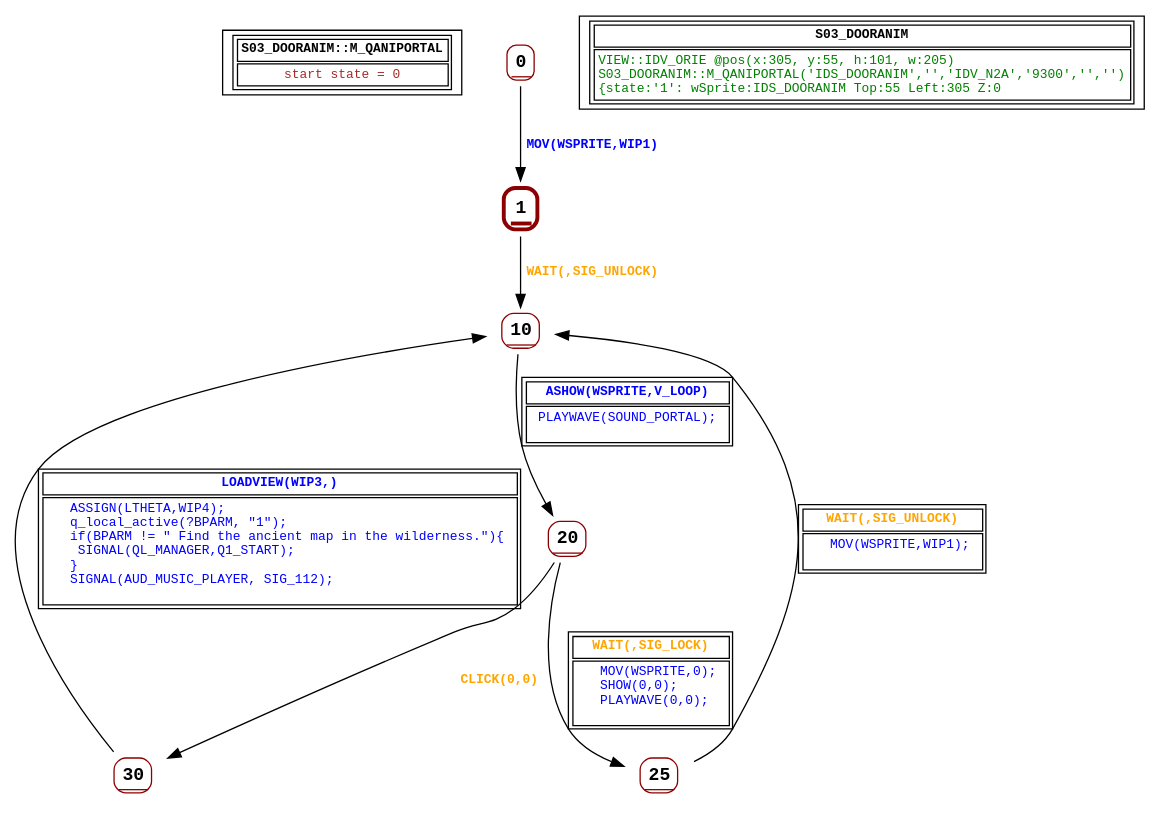
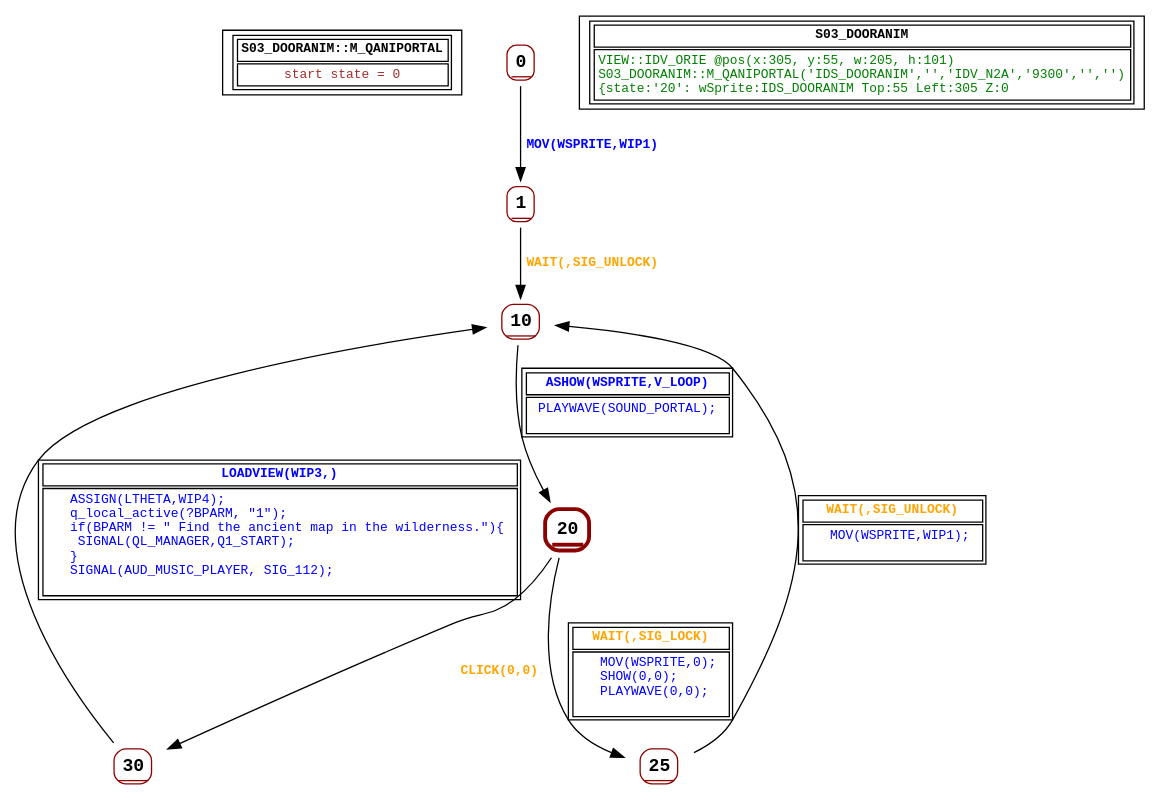
Before and after one commit to guy-stewart/AzariaCD: the diagram in graphs/S03_DOORANIM.dot, drawn with Graphviz. The commit also changed 26 other files, not shown here.

```diff
--- a/graphs/S03_DOORANIM.dot
+++ b/graphs/S03_DOORANIM.dot
@@ -1,43 +1,43 @@
 digraph Automaton {
  fontname="Courier New"
 	node [shape=oval, fontname="Courier New"];
 	filename[shape = record, fontsize=10, label=< <table border="1"><tr><td><b>S03_DOORANIM::M_QANIPORTAL<br align="left"/></b></td></tr>
 <tr><td><font point-size="10" color ="brown">start state = 0<br align="left"/></font></td></tr></table>>
 ];
 	0[shape = none, fontsize=14, label=< <table border="1" color="darkred" style="rounded"><tr><td sides="b"><b>0<br align="left"/></b></td></tr>
 </table>>];
 "0" -> "1" [fontcolor=blue,fontsize=10,fontname="Courier New", label=< <table border="0"><tr><td><b>MOV(WSPRITE,WIP1)<br align="left"/></b></td></tr>
 </table>>
 ];
-	1[shape = none, fontsize=14, label=< <table border="3" color="darkred" style="rounded"><tr><td sides="b"><b>1<br align="left"/></b></td></tr>
+	1[shape = none, fontsize=14, label=< <table border="1" color="darkred" style="rounded"><tr><td sides="b"><b>1<br align="left"/></b></td></tr>
 </table>>];
 "1" -> "10" [fontcolor=orange,fontsize=10,fontname="Courier New", label=< <table border="0"><tr><td><b>WAIT(,SIG_UNLOCK)<br align="left"/></b></td></tr>
 </table>>
 ];
 	10[shape = none, fontsize=14, label=< <table border="1" color="darkred" style="rounded"><tr><td sides="b"><b>10<br align="left"/></b></td></tr>
 </table>>];
 "10" -> "20" [fontcolor=blue,fontsize=10,fontname="Courier New", label=< <table border="1"><tr><td><b>ASHOW(WSPRITE,V_LOOP)<br align="left"/></b></td></tr>
 <tr><td><font point-size="10" color ="blue">  PLAYWAVE(SOUND_PORTAL);<br align="left"/> <br align="left"/></font></td></tr></table>>
 ];
-	20[shape = none, fontsize=14, label=< <table border="1" color="darkred" style="rounded"><tr><td sides="b"><b>20<br align="left"/></b></td></tr>
+	20[shape = none, fontsize=14, label=< <table border="3" color="darkred" style="rounded"><tr><td sides="b"><b>20<br align="left"/></b></td></tr>
 </table>>];
 "20" -> "30" [fontcolor=orange,fontsize=10,fontname="Courier New", label=< <table border="0"><tr><td><b>CLICK(0,0)<br align="left"/></b></td></tr>
 </table>>
 ];
 "20" -> "25" [fontcolor=orange,fontsize=10,fontname="Courier New", label=< <table border="1"><tr><td><b>WAIT(,SIG_LOCK)<br align="left"/></b></td></tr>
 <tr><td><font point-size="10" color ="blue">    MOV(WSPRITE,0);<br align="left"/>    SHOW(0,0);<br align="left"/>    PLAYWAVE(0,0);<br align="left"/> <br align="left"/></font></td></tr></table>>
 ];
 	25[shape = none, fontsize=14, label=< <table border="1" color="darkred" style="rounded"><tr><td sides="b"><b>25<br align="left"/></b></td></tr>
 </table>>];
 "25" -> "10" [fontcolor=orange,fontsize=10,fontname="Courier New", label=< <table border="1"><tr><td><b>WAIT(,SIG_UNLOCK)<br align="left"/></b></td></tr>
 <tr><td><font point-size="10" color ="blue">    MOV(WSPRITE,WIP1);<br align="left"/> <br align="left"/></font></td></tr></table>>
 ];
 	30[shape = none, fontsize=14, label=< <table border="1" color="darkred" style="rounded"><tr><td sides="b"><b>30<br align="left"/></b></td></tr>
 </table>>];
 "30" -> "10" [fontcolor=blue,fontsize=10,fontname="Courier New", label=< <table border="1"><tr><td><b>LOADVIEW(WIP3,)<br align="left"/></b></td></tr>
 <tr><td><font point-size="10" color ="blue">    ASSIGN(LTHETA,WIP4);<br align="left"/>    q_local_active(?BPARM, &quot;1&quot;);<br align="left"/>    if(BPARM != &quot; Find the ancient map in the wilderness.&quot;)&#123;<br align="left"/>     SIGNAL(QL_MANAGER,Q1_START);<br align="left"/>    &#125;<br align="left"/>    SIGNAL(AUD_MUSIC_PLAYER, SIG_112);<br align="left"/> <br align="left"/></font></td></tr></table>>
 ];
 	status[shape = record, fontsize=10, label=< <table border="1"><tr><td><b>S03_DOORANIM<br align="left"/></b></td></tr>
-<tr><td><font point-size="10" color ="green">VIEW::IDV_ORIE @pos(x:305, y:55, h:101, w:205)<br align="left"/>S03_DOORANIM::M_QANIPORTAL(&apos;IDS_DOORANIM&apos;,&apos;&apos;,&apos;IDV_N2A&apos;,&apos;9300&apos;,&apos;&apos;,&apos;&apos;)<br align="left"/>			&#123;state:&apos;1&apos;: wSprite:IDS_DOORANIM Top:55 Left:305 Z:0<br align="left"/></font></td></tr></table>>
+<tr><td><font point-size="10" color ="green">VIEW::IDV_ORIE @pos(x:305, y:55, w:205, h:101)<br align="left"/>S03_DOORANIM::M_QANIPORTAL(&apos;IDS_DOORANIM&apos;,&apos;&apos;,&apos;IDV_N2A&apos;,&apos;9300&apos;,&apos;&apos;,&apos;&apos;)<br align="left"/>			&#123;state:&apos;20&apos;: wSprite:IDS_DOORANIM Top:55 Left:305 Z:0<br align="left"/></font></td></tr></table>>
 ];
 }
```
